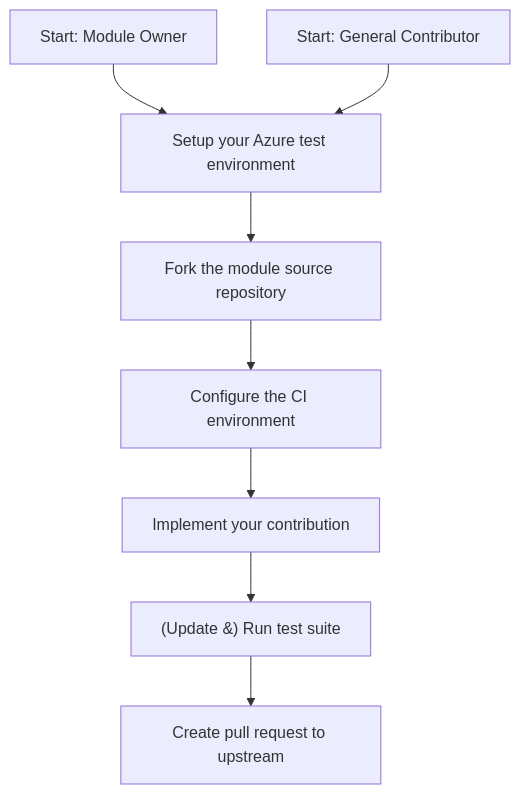
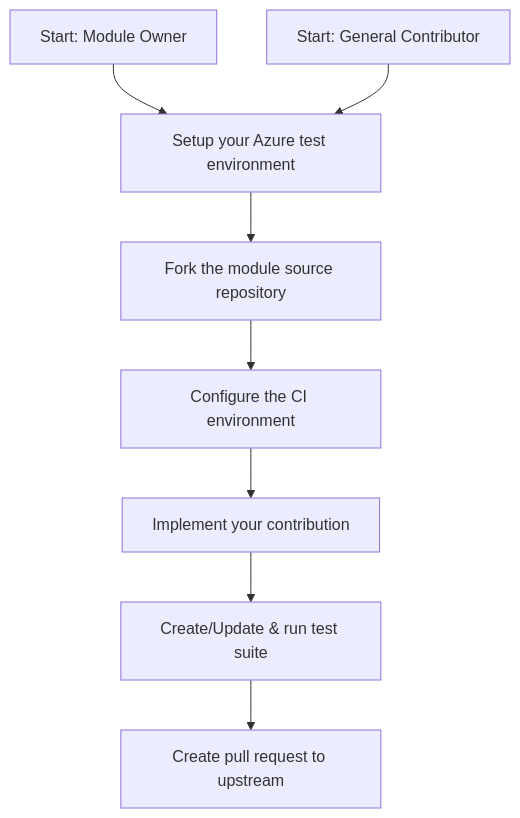
Before and after one commit to Azure/Azure-Verified-Modules: the diagram in docs/content/contributing/bicep/bicep-contribution-flow/_index.md, drawn with Mermaid.

Commit message:
Update to latest

```diff
--- a/docs/content/contributing/bicep/bicep-contribution-flow/_index.md
+++ b/docs/content/contributing/bicep/bicep-contribution-flow/_index.md
@@ -14,16 +14,16 @@
 {{< mermaid class="text-center" >}}
 flowchart TD
   startOwner["Start: Module Owner"]
   startNonOwner["Start: General Contributor"]
 
   setupAzure["Setup your Azure test environment"]
   fork["Fork the module source repository"]
   setupCI["Configure the CI environment"]
   implement["Implement your contribution"]
-  test["(Update &) Run test suite"]
+  test["Create/Update & run test suite"]
   pr["Create pull request to upstream"]
 
   startOwner --> setupAzure
   startNonOwner --> setupAzure
   setupAzure --> fork -->  setupCI --> implement --> test --> pr
 {{< /mermaid >}}
```
